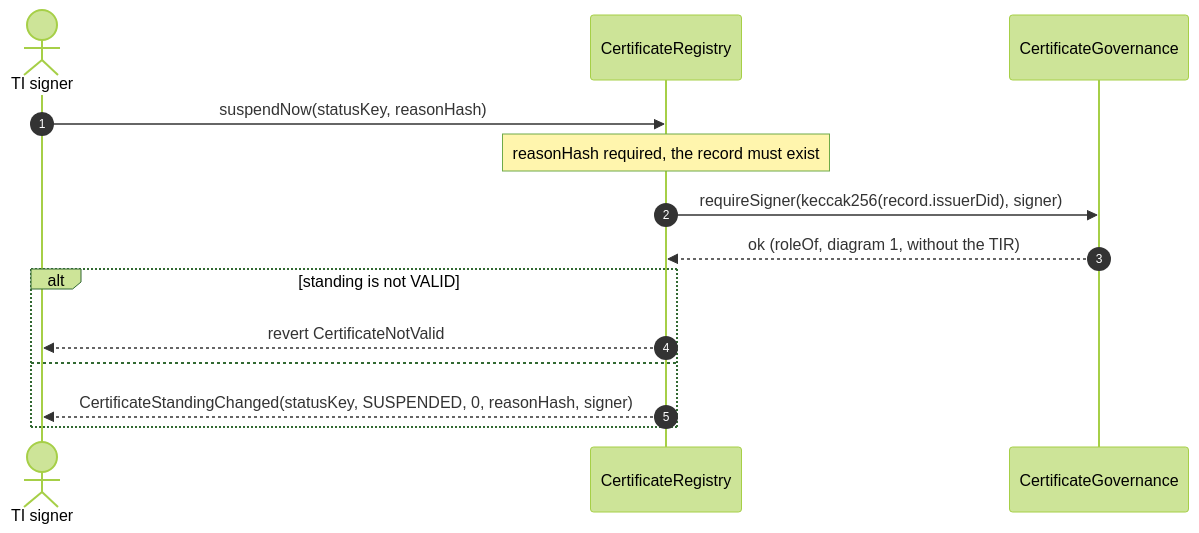
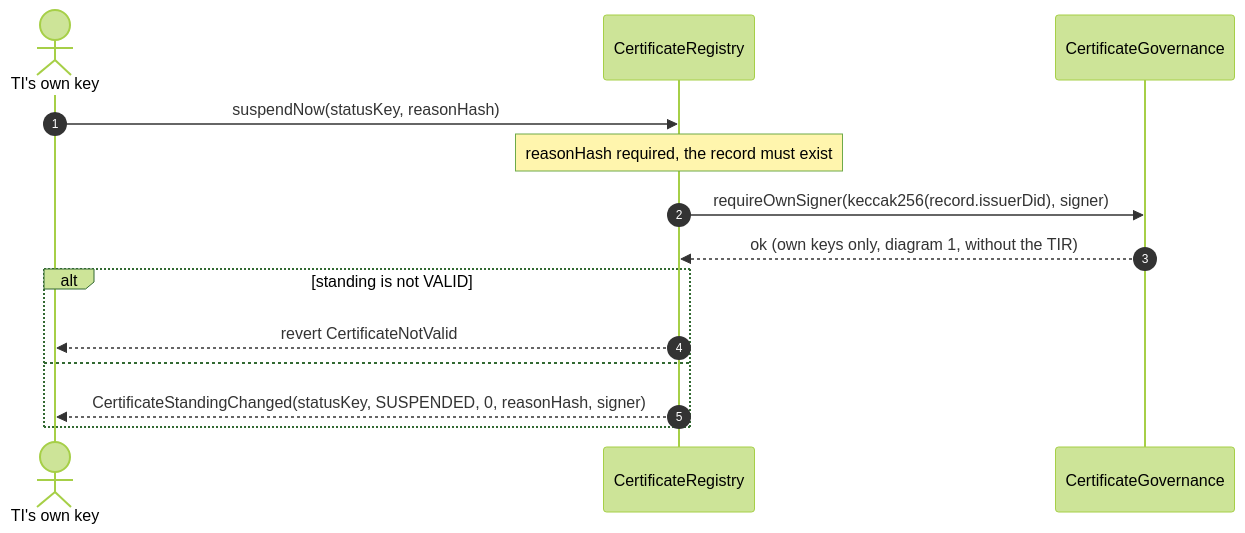
One commit to fiit-ba/ebsi-licences-for-cybersecurity-managers changed the fourth of 9 diagrams in contracts/docs/sequence-diagrams.md. Above: the diagram before and after it, drawn with Mermaid (forest theme). The commit also changed other lines of this file and 23 other files, not shown here.

Commit message:
fix: Let only a TI's own keys propose, register and suspend at once

````diff
--- a/contracts/docs/sequence-diagrams.md
+++ b/contracts/docs/sequence-diagrams.md
@@ -155,17 +162,17 @@
 ```mermaid
 sequenceDiagram
     autonumber
-    actor S as TI signer
+    actor S as TI's own key
     participant R as CertificateRegistry
     participant G as CertificateGovernance
 
     S->>R: suspendNow(statusKey, reasonHash)
     Note over R: reasonHash required, the record must exist
-    R->>G: requireSigner(keccak256(record.issuerDid), signer)
-    G-->>R: ok (roleOf, diagram 1, without the TIR)
+    R->>G: requireOwnSigner(keccak256(record.issuerDid), signer)
+    G-->>R: ok (own keys only, diagram 1, without the TIR)
     alt standing is not VALID
         R-->>S: revert CertificateNotValid
     else
         R-->>S: CertificateStandingChanged(statusKey, SUSPENDED, 0, reasonHash, signer)
     end
 ```
````
